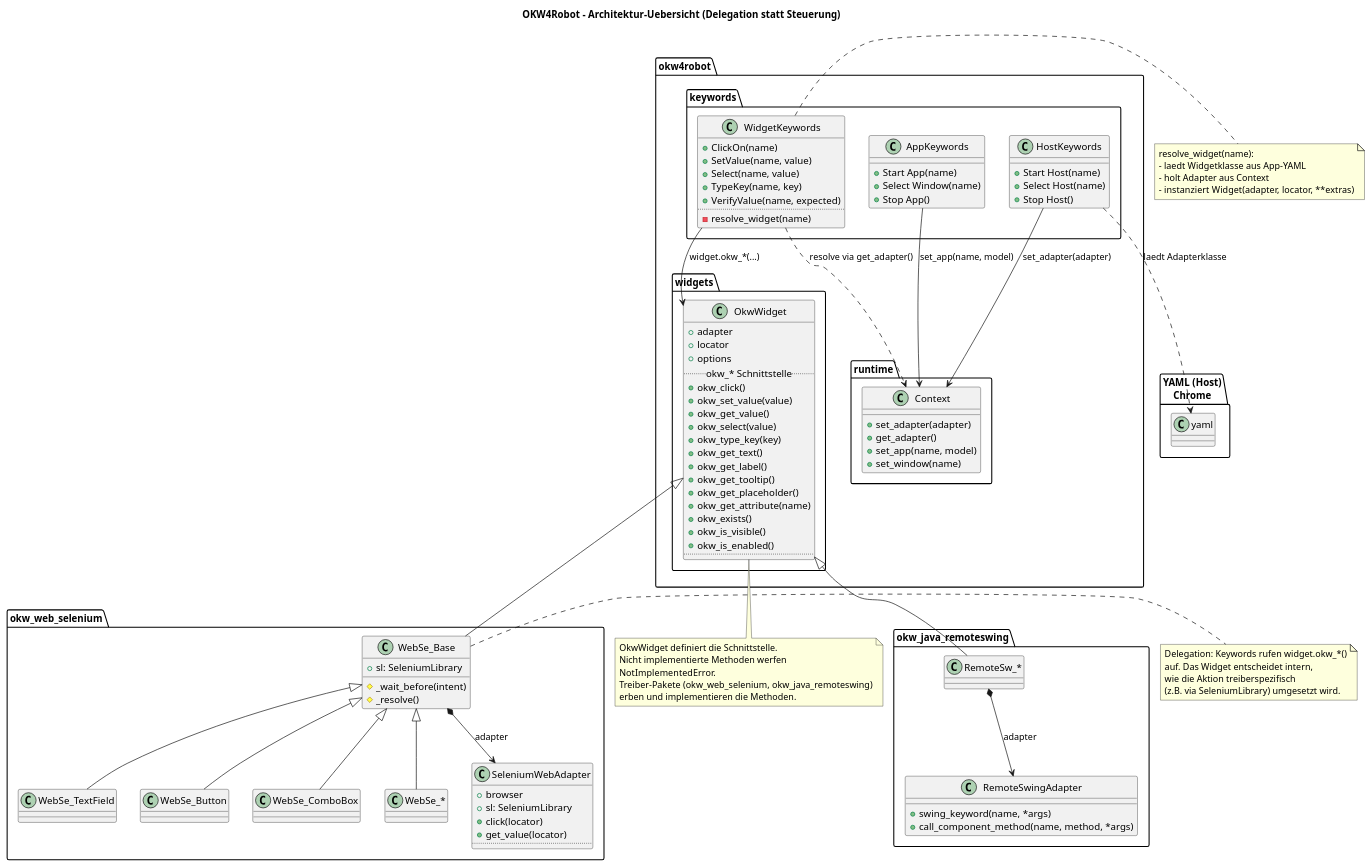
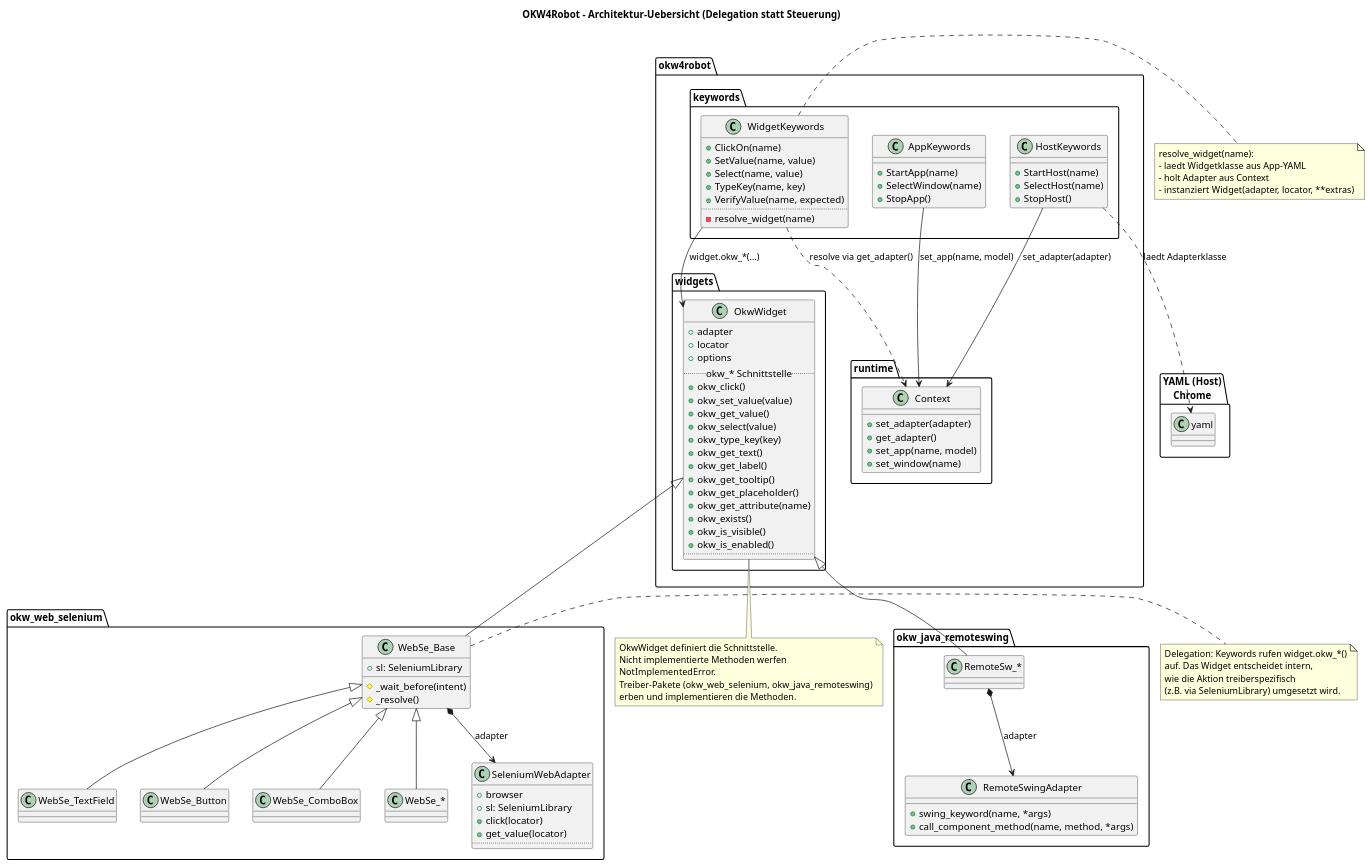
The diagram in docs/diagramms/adapters_overview.puml (Hrabovszki1023/robotframework-okw4robot), drawn with PlantUML before and after one commit. The commit also changed 13 other files, not shown here.

```diff
--- a/docs/diagramms/adapters_overview.puml
+++ b/docs/diagramms/adapters_overview.puml
@@ -1,123 +1,123 @@
 @startuml AdaptersOverview
 title OKW4Robot – Architektur-Uebersicht (Delegation statt Steuerung)
 
 package "okw4robot.runtime" {
   class Context {
     +set_adapter(adapter)
     +get_adapter()
     +set_app(name, model)
     +set_window(name)
   }
 }
 
 package "okw4robot.keywords" {
   class HostKeywords {
-    +Start Host(name)
-    +Select Host(name)
-    +Stop Host()
+    +StartHost(name)
+    +SelectHost(name)
+    +StopHost()
   }
   class AppKeywords {
-    +Start App(name)
-    +Select Window(name)
-    +Stop App()
+    +StartApp(name)
+    +SelectWindow(name)
+    +StopApp()
   }
   class WidgetKeywords {
     +ClickOn(name)
     +SetValue(name, value)
     +Select(name, value)
     +TypeKey(name, key)
     +VerifyValue(name, expected)
     ..
     - resolve_widget(name)
   }
 }
 
 package "okw4robot.widgets" {
   class OkwWidget {
     +adapter
     +locator
     +options
     .. okw_* Schnittstelle ..
     +okw_click()
     +okw_set_value(value)
     +okw_get_value()
     +okw_select(value)
     +okw_type_key(key)
     +okw_get_text()
     +okw_get_label()
     +okw_get_tooltip()
     +okw_get_placeholder()
     +okw_get_attribute(name)
     +okw_exists()
     +okw_is_visible()
     +okw_is_enabled()
     ..
   }
 }
 
 package "okw_web_selenium" {
   class SeleniumWebAdapter {
     +browser
     +sl: SeleniumLibrary
     +click(locator)
     +get_value(locator)
     ..
   }
   class WebSe_Base {
     +sl: SeleniumLibrary
     # _wait_before(intent)
     # _resolve()
   }
   class WebSe_TextField
   class WebSe_Button
   class WebSe_ComboBox
   class "WebSe_*" as WebSeOther
 }
 
 package "okw_java_remoteswing" {
   class RemoteSwingAdapter {
     +swing_keyword(name, *args)
     +call_component_method(name, method, *args)
   }
   class "RemoteSw_*" as RemoteSwOther
 }
 
 HostKeywords --> Context : set_adapter(adapter)
 HostKeywords ..> "YAML (Host)\nChrome.yaml" : laedt Adapterklasse
 AppKeywords --> Context : set_app(name, model)
 WidgetKeywords ..> Context : resolve via get_adapter()
 WidgetKeywords --> OkwWidget : widget.okw_*(...)
 
 OkwWidget <|-- WebSe_Base
 WebSe_Base <|-- WebSe_TextField
 WebSe_Base <|-- WebSe_Button
 WebSe_Base <|-- WebSe_ComboBox
 WebSe_Base <|-- WebSeOther
 WebSe_Base *--> SeleniumWebAdapter : adapter
 
 OkwWidget <|-- RemoteSwOther
 RemoteSwOther *--> RemoteSwingAdapter : adapter
 
 note right of WidgetKeywords
 resolve_widget(name):
 - laedt Widgetklasse aus App-YAML
 - holt Adapter aus Context
 - instanziert Widget(adapter, locator, **extras)
 end note
 
 note bottom of OkwWidget
 OkwWidget definiert die Schnittstelle.
 Nicht implementierte Methoden werfen
 NotImplementedError.
 Treiber-Pakete (okw_web_selenium, okw_java_remoteswing)
 erben und implementieren die Methoden.
 end note
 
 note right of WebSe_Base
 Delegation: Keywords rufen widget.okw_*()
 auf. Das Widget entscheidet intern,
 wie die Aktion treiberspezifisch
 (z.B. via SeleniumLibrary) umgesetzt wird.
 end note
 
 @enduml
```
